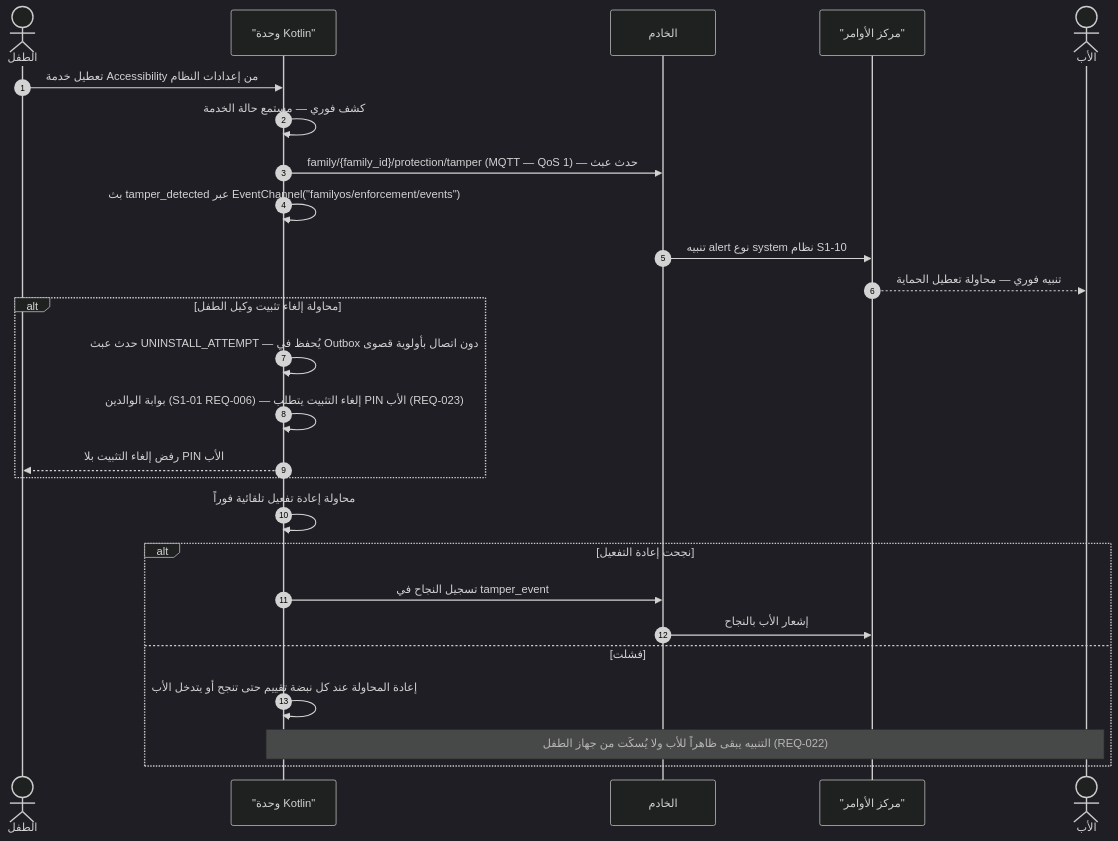
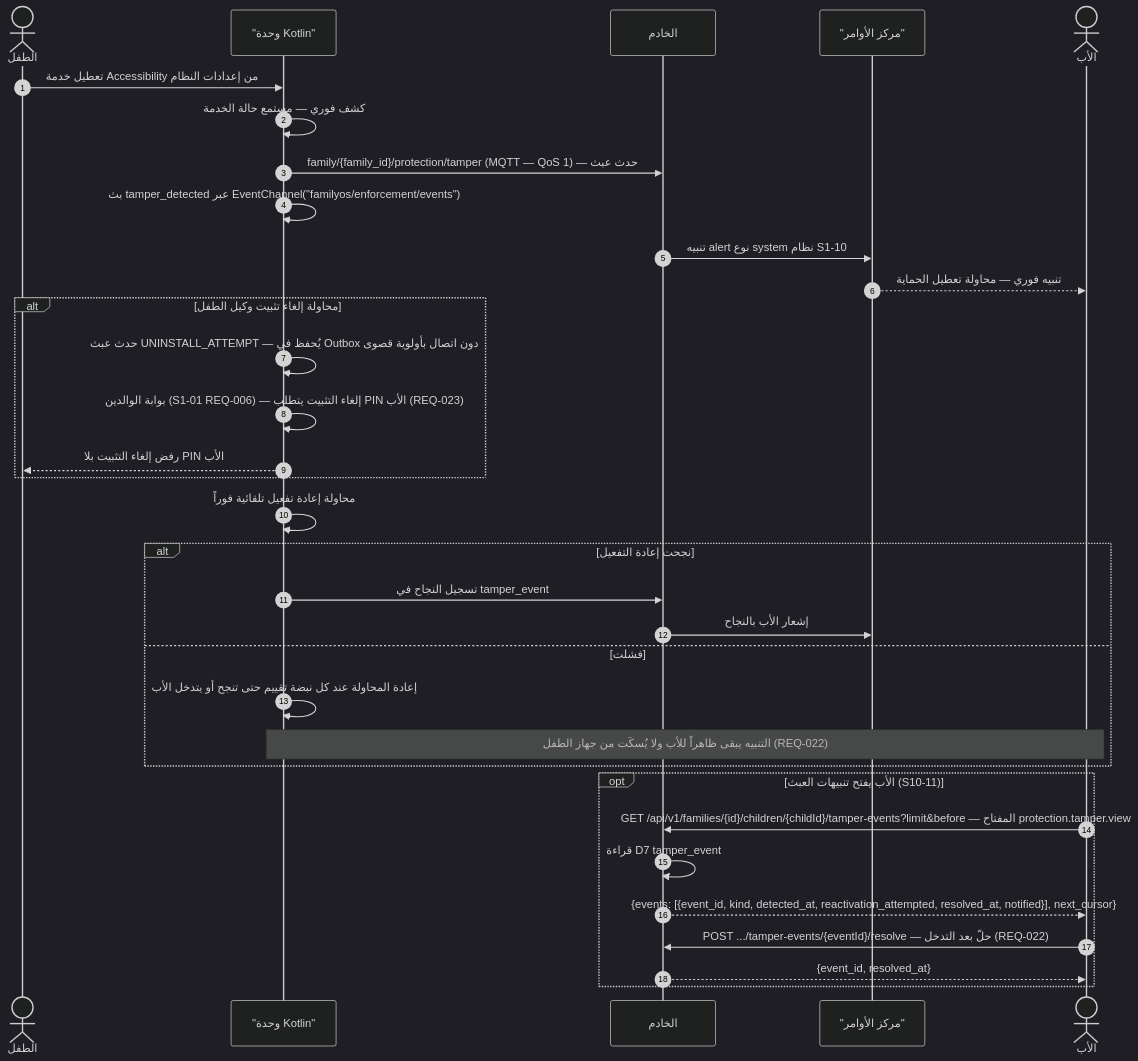
One commit to Bassam-mohammed-alqaeadi/family-os-v2 changed the eighth of 14 diagrams in docs/family-os/governance/phases/phase-1/S1-10-protection-and-enforcement/DIAGRAMS.md. Above: the diagram before and after it, drawn with Mermaid (dark theme). The commit also changed other lines of this file and 3 other files, not shown here.

````diff
--- a/docs/family-os/governance/phases/phase-1/S1-10-protection-and-enforcement/DIAGRAMS.md
+++ b/docs/family-os/governance/phases/phase-1/S1-10-protection-and-enforcement/DIAGRAMS.md
@@ -347,28 +355,35 @@
 ```mermaid
 sequenceDiagram
     autonumber
     actor Child as الطفل
     participant K as "وحدة Kotlin"
     participant Ktor as الخادم
     participant S109 as "مركز الأوامر"
     actor Father as الأب
     Child->>K: تعطيل خدمة Accessibility من إعدادات النظام
     K->>K: كشف فوري — مستمع حالة الخدمة
     K->>Ktor: family/{family_id}/protection/tamper (MQTT — QoS 1) — حدث عبث
     K->>K: بث tamper_detected عبر EventChannel("familyos/enforcement/events")
     Ktor->>S109: تنبيه alert نوع system نظام S1-10
     S109-->>Father: تنبيه فوري — محاولة تعطيل الحماية
     alt محاولة إلغاء تثبيت وكيل الطفل
         K->>K: حدث عبث UNINSTALL_ATTEMPT — يُحفظ في Outbox دون اتصال بأولوية قصوى
         K->>K: بوابة الوالدين (S1-01 REQ-006) — إلغاء التثبيت يتطلب PIN الأب (REQ-023)
         K-->>Child: رفض إلغاء التثبيت بلا PIN الأب
     end
     K->>K: محاولة إعادة تفعيل تلقائية فوراً
     alt نجحت إعادة التفعيل
         K->>Ktor: تسجيل النجاح في tamper_event
         Ktor->>S109: إشعار الأب بالنجاح
     else فشلت
         K->>K: إعادة المحاولة عند كل نبضة تقييم حتى تنجح أو يتدخل الأب
         Note over K,Father: التنبيه يبقى ظاهراً للأب ولا يُسكَت من جهاز الطفل (REQ-022)
     end
+    opt الأب يفتح تنبيهات العبث (S10-11)
+        Father->>Ktor: GET /api/v1/families/{id}/children/{childId}/tamper-events?limit&before — المفتاح protection.tamper.view
+        Ktor->>Ktor: قراءة D7 tamper_event
+        Ktor-->>Father: {events: [{event_id, kind, detected_at, reactivation_attempted, resolved_at, notified}], next_cursor}
+        Father->>Ktor: POST .../tamper-events/{eventId}/resolve — حلّ بعد التدخل (REQ-022)
+        Ktor-->>Father: {event_id, resolved_at}
+    end
 ```
````
